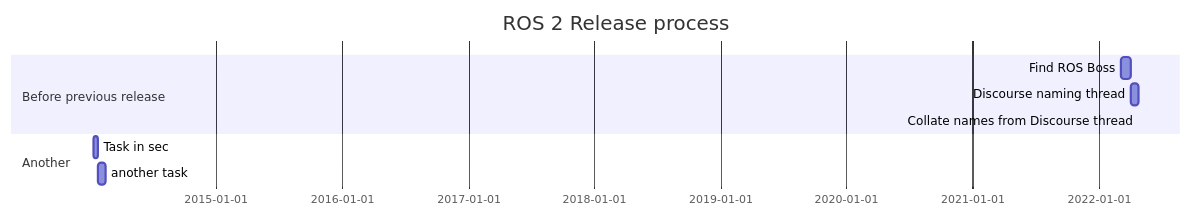
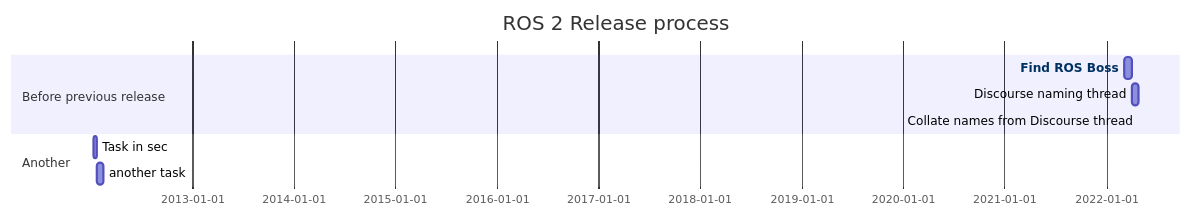
One commit to clalancette/mermaid-test changed the first of 2 diagrams in README.md. Above: the diagram before and after it, drawn with Mermaid.

````diff
--- a/README.md
+++ b/README.md
@@ -2,12 +2,14 @@
 ```mermaid
 gantt
     title ROS 2 Release process
     dateFormat  YYYY-MM-DD
     section Before previous release
     Find ROS Boss    :a1, 2022-03-08, 28d
     Discourse naming thread     :a2, after a1  , 21d
     Collate names from Discourse thread :after a2, 1d
     section Another
-    Task in sec      :2014-01-12  , 12d
+    Task in sec      :2012-01-12  , 12d
     another task      : 24d
+    
+    click a1 href "https://github.com"
 ```
````
